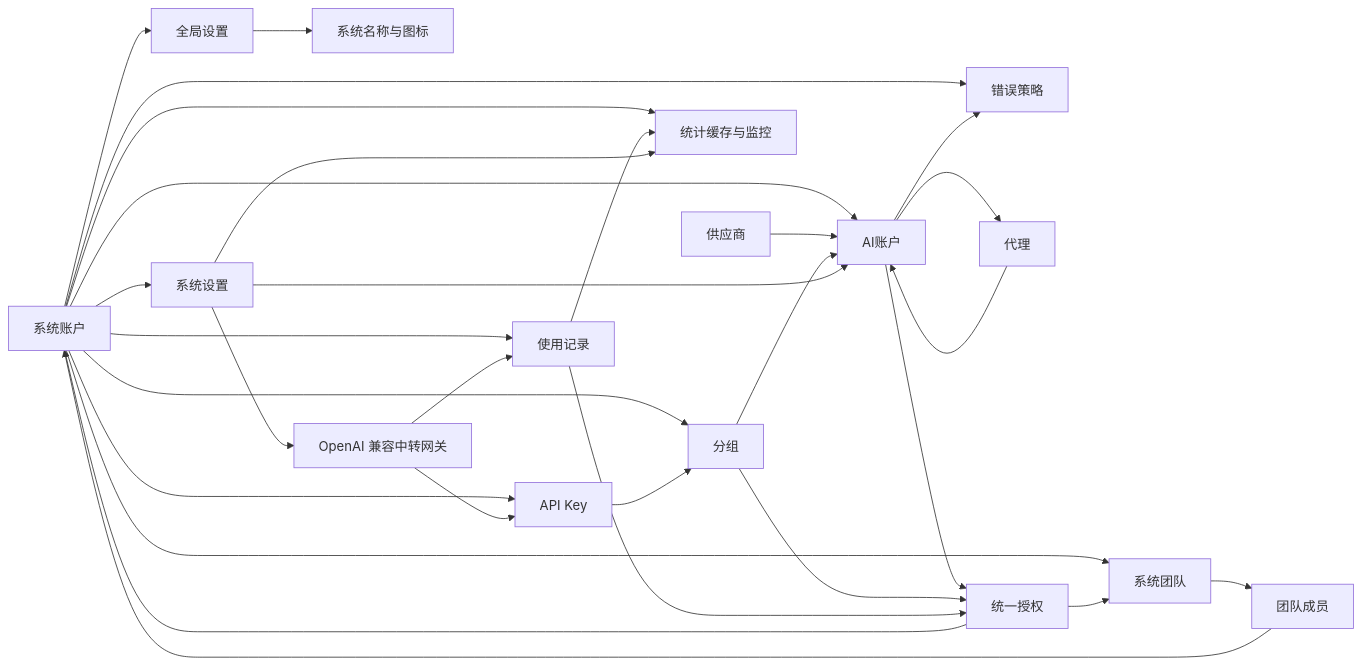
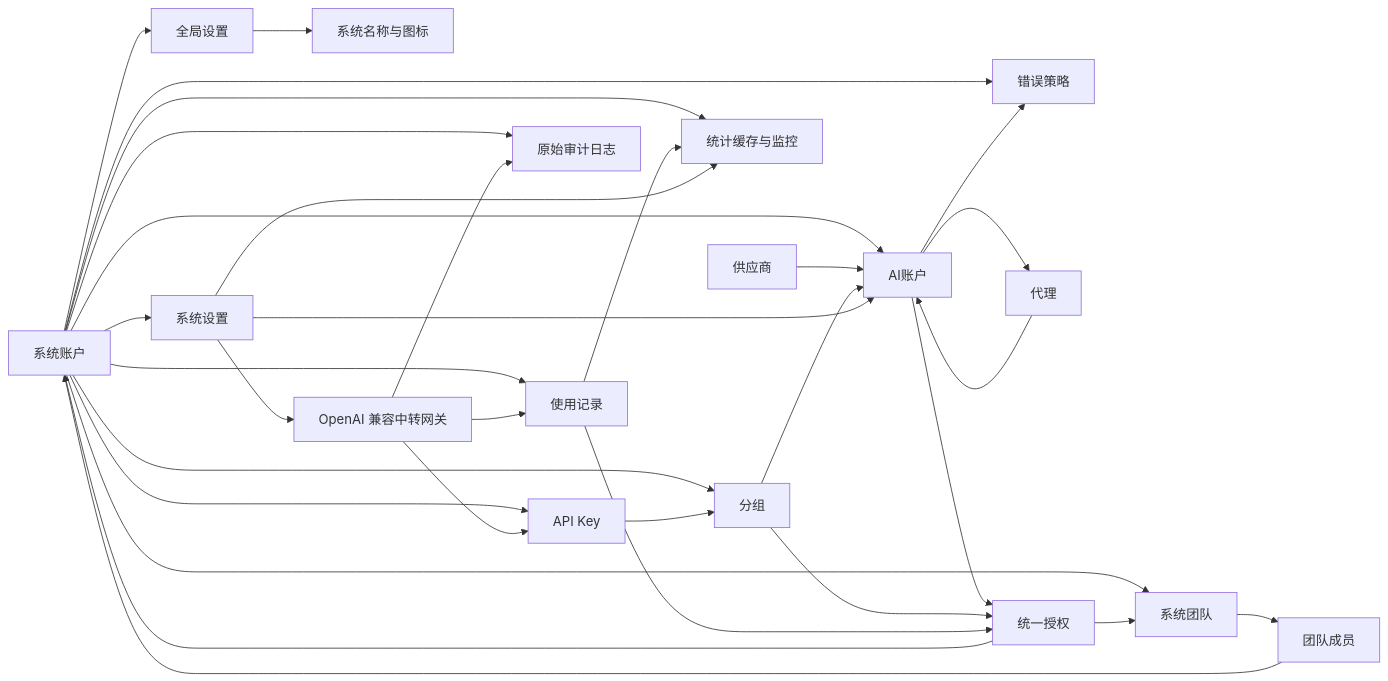
One commit to huanmin123/juhe-ai changed the diagram in docs/architecture/架构总览.md. Above: the diagram before and after it, drawn with Mermaid. The commit also changed other lines of this file and 115 other files, not shown here.

````diff
--- a/docs/architecture/架构总览.md
+++ b/docs/architecture/架构总览.md
@@ -53,32 +54,34 @@
 ```mermaid
 flowchart LR
   SystemAccount["系统账户"] --> GlobalSettings["全局设置"]
   SystemAccount --> SystemSettings["系统设置"]
   SystemAccount --> SystemTeam["系统团队"]
   SystemTeam --> TeamMember["团队成员"]
   TeamMember --> SystemAccount
   SystemAccount --> AIAccount["AI账户"]
   SystemAccount --> Group["分组"]
   SystemAccount --> APIKey["API Key"]
   SystemAccount --> Usage["使用记录"]
+  SystemAccount --> AuditLog["原始审计日志"]
   SystemAccount --> Stats["统计缓存与监控"]
   SystemAccount --> ErrorPolicy["错误策略"]
   GlobalSettings --> AppBrand["系统名称与图标"]
   Provider["供应商"] --> AIAccount
   Proxy["代理"] --> AIAccount
   AIAccount --> Proxy
   AIAccount --> ErrorPolicy
   AIAccount --> ResourceAuthorization["统一授权"]
   Group --> ResourceAuthorization
   ResourceAuthorization --> SystemAccount
   ResourceAuthorization --> SystemTeam
   Group --> AIAccount
   APIKey --> Group
   Gateway["OpenAI 兼容中转网关"] --> APIKey
   Gateway --> Usage["使用记录"]
+  Gateway --> AuditLog
   Usage --> ResourceAuthorization
   Usage --> Stats["统计缓存与监控"]
   SystemSettings --> Gateway
   SystemSettings --> AIAccount
   SystemSettings --> Stats
 ```
````
